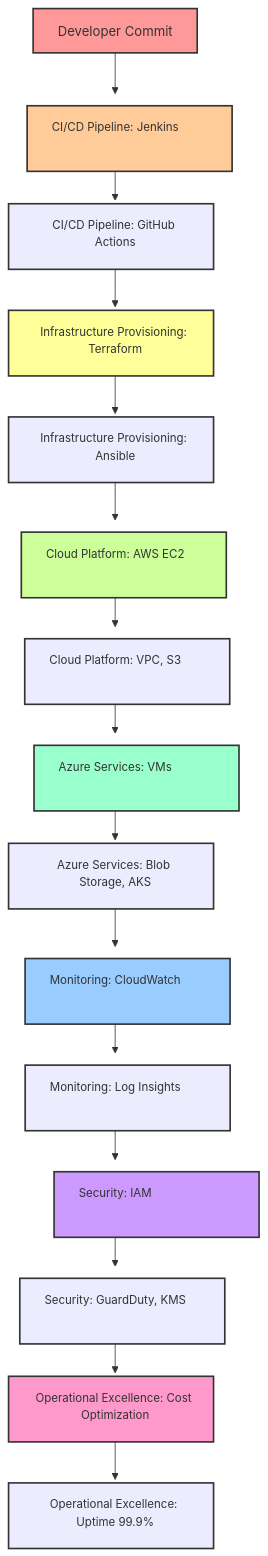
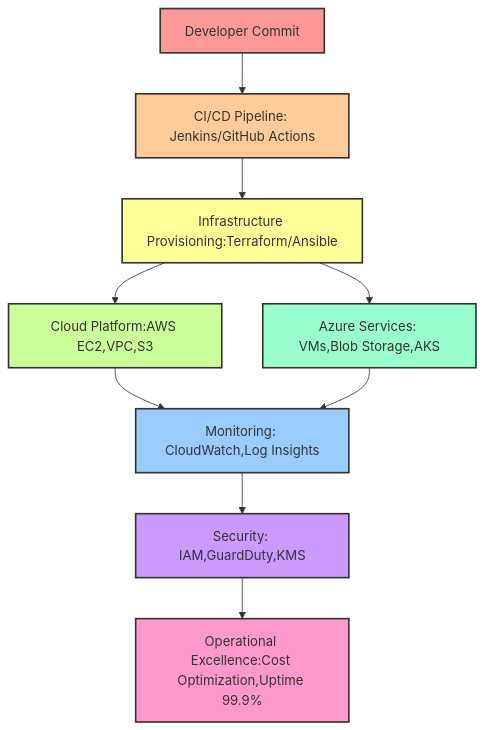
One commit to aliceekane/aliceekane-portfolio changed the diagram in README.md. Above: the diagram before and after it, drawn with Mermaid.

````diff
--- a/README.md
+++ b/README.md
@@ -71,35 +71,25 @@
 ```mermaid
 flowchart TD
-    A[Developer Commit] --> B[CI/CD Pipeline: Jenkins]:::bigbox
-    B --> B2[CI/CD Pipeline: GitHub Actions]:::bigbox
-    B2 --> C[Infrastructure Provisioning: Terraform]:::bigbox
-    C --> C2[Infrastructure Provisioning: Ansible]:::bigbox
-    C2 --> D[Cloud Platform: AWS EC2]:::bigbox
-    D --> D2[Cloud Platform: VPC, S3]:::bigbox
-    D2 --> E[Azure Services: VMs]:::bigbox
-    E --> E2[Azure Services: Blob Storage, AKS]:::bigbox
-    E2 --> F[Monitoring: CloudWatch]:::bigbox
-    F --> F2[Monitoring: Log Insights]:::bigbox
-    F2 --> G[Security: IAM]:::bigbox
-    G --> G2[Security: GuardDuty, KMS]:::bigbox
-    G2 --> H[Operational Excellence: Cost Optimization]:::bigbox
-    H --> H2[Operational Excellence: Uptime 99.9%]:::bigbox
-
-    %% Define a reusable class for consistent box styling
-    classDef bigbox width:250px,height:80px,font-size:14px,stroke:#333,stroke-width:2px;
-
+    A[Developer Commit] --> B[CI/CD Pipeline: Jenkins/GitHub Actions]
+    B --> C[Infrastructure Provisioning:Terraform/Ansible]
+    C --> D[Cloud Platform:AWS EC2,VPC,S3]
+    C --> E[Azure Services: VMs,Blob Storage,AKS]
+    D --> F[Monitoring: CloudWatch,Log Insights]
+    E --> F
+    F --> G[Security: IAM,GuardDuty,KMS]
+    G --> H[Operational Excellence:Cost Optimization,Uptime 99.9%]
 
 
 
     %% Assigning different colors to each box
     style A fill:#FF9999,stroke:#333,stroke-width:2px
     style B fill:#FFCC99,stroke:#333,stroke-width:2px
     style C fill:#FFFF99,stroke:#333,stroke-width:2px
     style D fill:#CCFF99,stroke:#333,stroke-width:2px
     style E fill:#99FFCC,stroke:#333,stroke-width:2px
     style F fill:#99CCFF,stroke:#333,stroke-width:2px
     style G fill:#CC99FF,stroke:#333,stroke-width:2px
     style H fill:#FF99CC,stroke:#333,stroke-width:2px
 
 
 ```
````
